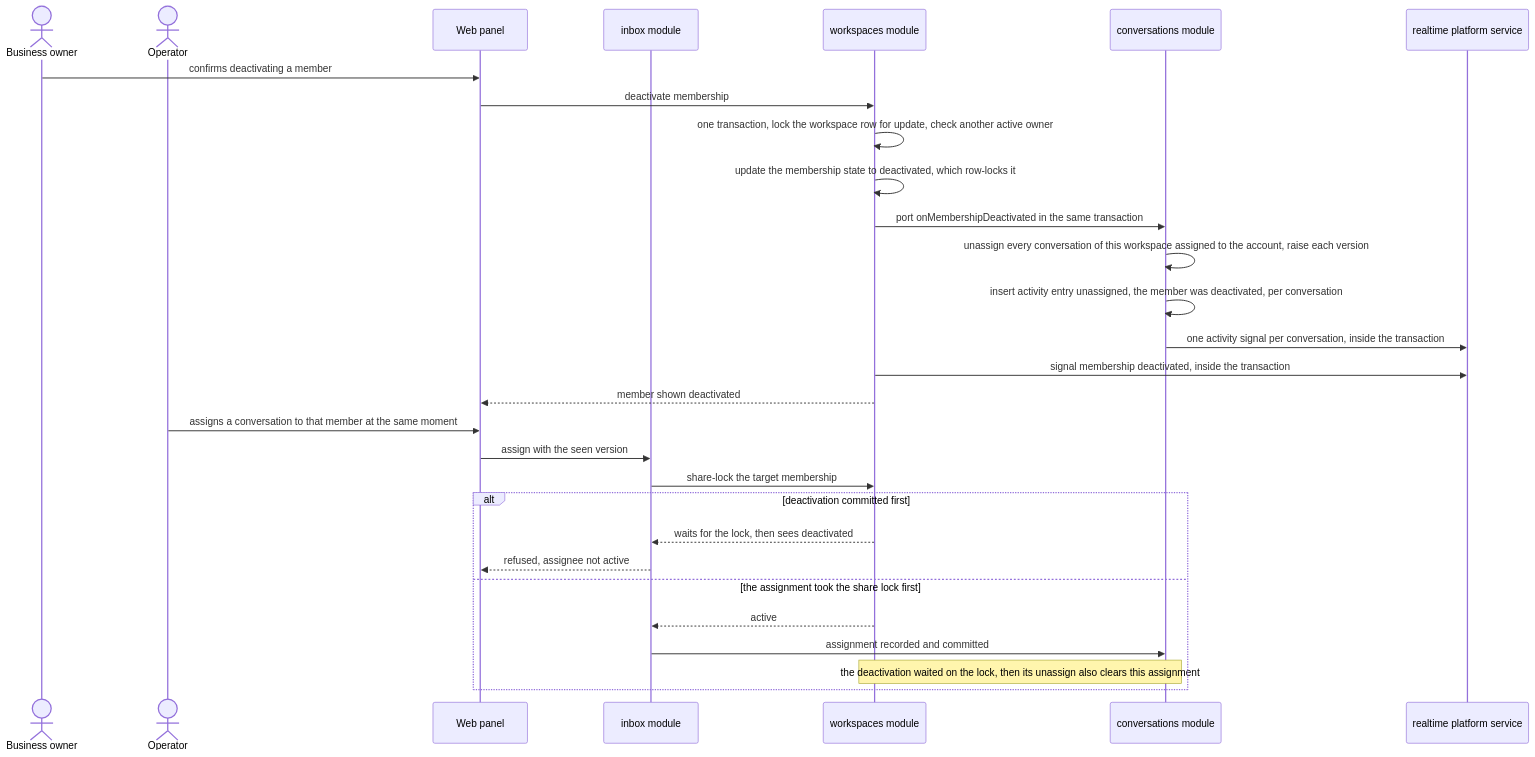
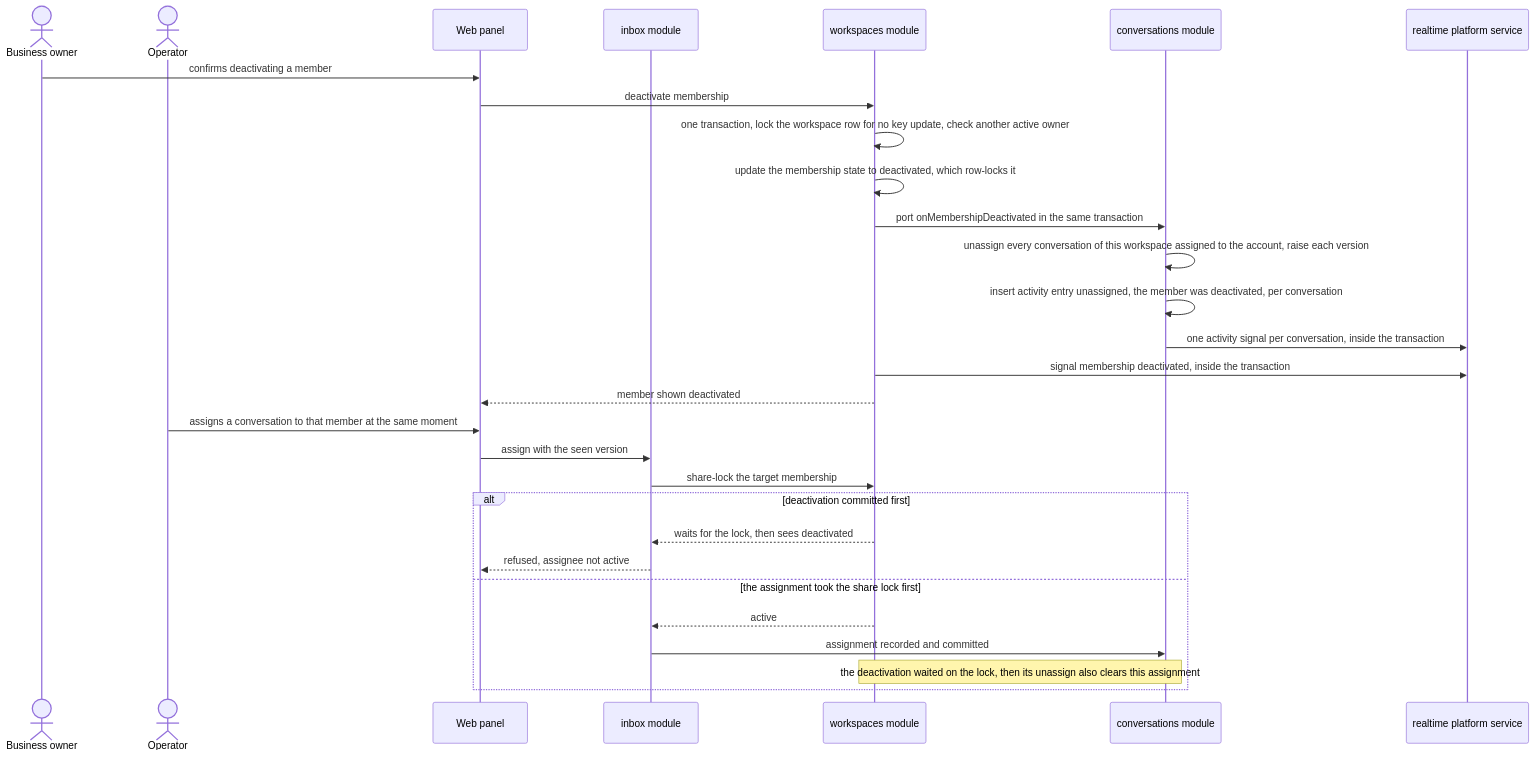
One commit to GopkoDev/tg-inbox changed the fifth of 15 diagrams in docs/features/assignment-statuses/sad.md. Above: the diagram before and after it, drawn with Mermaid. The commit also changed other lines of this file and 6 other files, not shown here.

First line of the commit message:
docs(assignment-statuses): update CLAUDE.md, the architecture map, the design-system canon and CONTEXT.md for the conversation state, the activity table, the deactivation port and the new components

````diff
--- a/docs/features/assignment-statuses/sad.md
+++ b/docs/features/assignment-statuses/sad.md
@@ -359,31 +359,31 @@
 ```mermaid
 sequenceDiagram
     actor Owner as Business owner
     actor Teammate as Operator
     participant Web as Web panel
     participant Inbox as inbox module
     participant Ws as workspaces module
     participant Conv as conversations module
     participant Rt as realtime platform service
     Owner->>Web: confirms deactivating a member
     Web->>Ws: deactivate membership
-    Ws->>Ws: one transaction, lock the workspace row for update, check another active owner
+    Ws->>Ws: one transaction, lock the workspace row for no key update, check another active owner
     Ws->>Ws: update the membership state to deactivated, which row-locks it
     Ws->>Conv: port onMembershipDeactivated in the same transaction
     Conv->>Conv: unassign every conversation of this workspace assigned to the account, raise each version
     Conv->>Conv: insert activity entry unassigned, the member was deactivated, per conversation
     Conv->>Rt: one activity signal per conversation, inside the transaction
     Ws->>Rt: signal membership deactivated, inside the transaction
     Ws-->>Web: member shown deactivated
     Teammate->>Web: assigns a conversation to that member at the same moment
     Web->>Inbox: assign with the seen version
     Inbox->>Ws: share-lock the target membership
     alt deactivation committed first
         Ws-->>Inbox: waits for the lock, then sees deactivated
         Inbox-->>Web: refused, assignee not active
     else the assignment took the share lock first
         Ws-->>Inbox: active
         Inbox->>Conv: assignment recorded and committed
         Note over Ws,Conv: the deactivation waited on the lock, then its unassign also clears this assignment
     end
 ```
````
